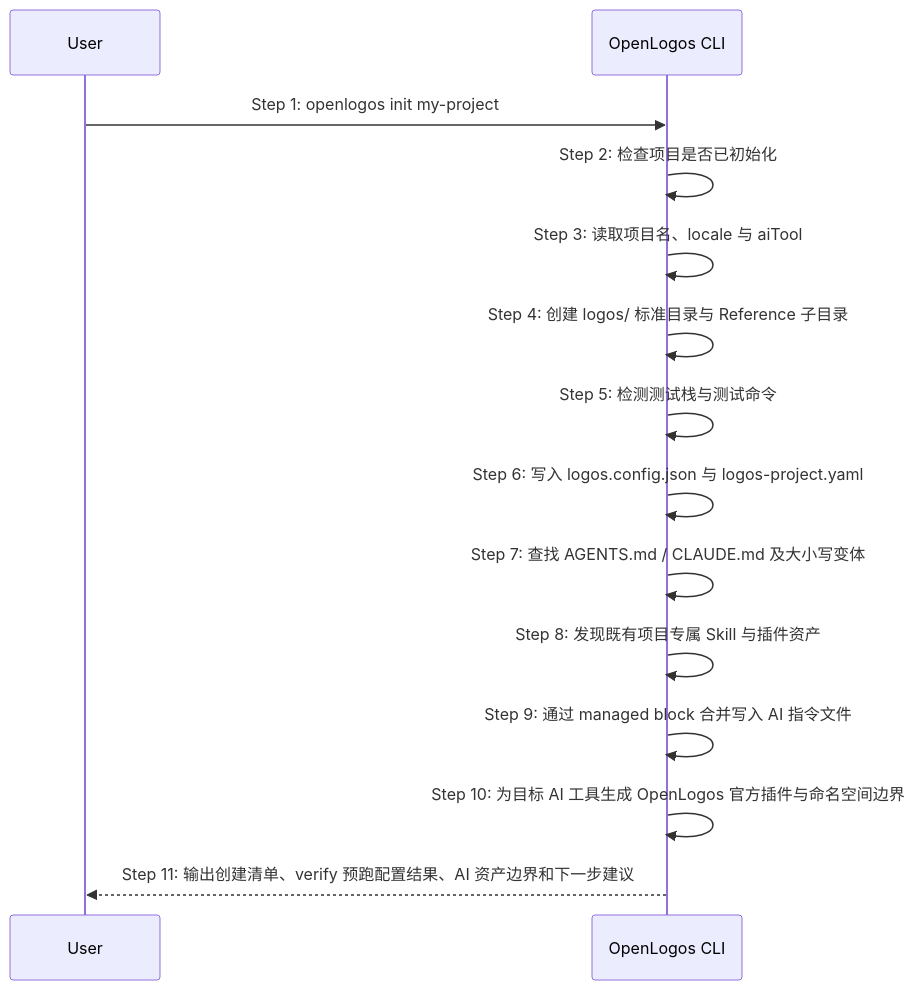
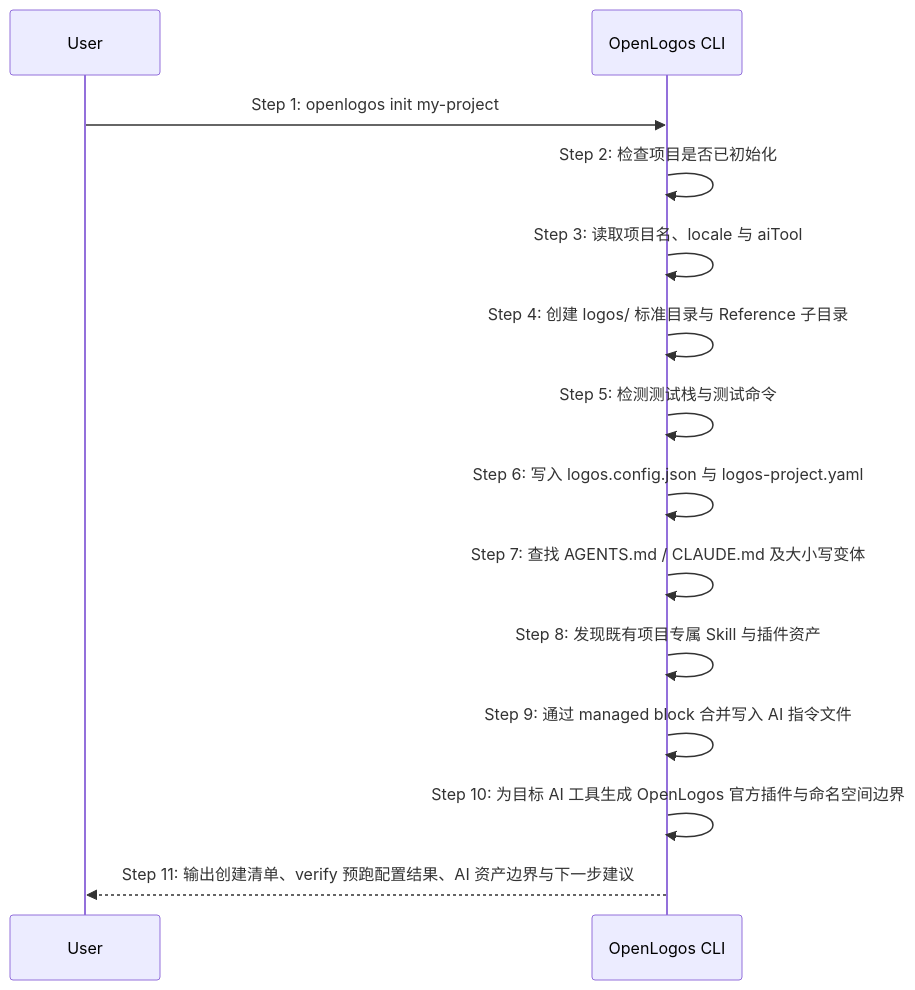
The diagram in logos/resources/prd/3-technical-plan/2-scenario-implementation/core-S01-cli-init.md (miniidealab/openlogos), drawn with Mermaid before and after one commit. The commit also changed other lines of this file and 5 other files, not shown here.

````diff
--- a/logos/resources/prd/3-technical-plan/2-scenario-implementation/core-S01-cli-init.md
+++ b/logos/resources/prd/3-technical-plan/2-scenario-implementation/core-S01-cli-init.md
@@ -34,17 +4,17 @@
 ```mermaid
 sequenceDiagram
     participant U as User
     participant C as OpenLogos CLI
 
     U->>C: Step 1: openlogos init my-project
     C->>C: Step 2: 检查项目是否已初始化
     C->>C: Step 3: 读取项目名、locale 与 aiTool
     C->>C: Step 4: 创建 logos/ 标准目录与 Reference 子目录
     C->>C: Step 5: 检测测试栈与测试命令
     C->>C: Step 6: 写入 logos.config.json 与 logos-project.yaml
     C->>C: Step 7: 查找 AGENTS.md / CLAUDE.md 及大小写变体
     C->>C: Step 8: 发现既有项目专属 Skill 与插件资产
     C->>C: Step 9: 通过 managed block 合并写入 AI 指令文件
     C->>C: Step 10: 为目标 AI 工具生成 OpenLogos 官方插件与命名空间边界
-    C-->>U: Step 11: 输出创建清单、verify 预跑配置结果、AI 资产边界和下一步建议
+    C-->>U: Step 11: 输出创建清单、verify 预跑配置结果、AI 资产边界与下一步建议
 ```
````
